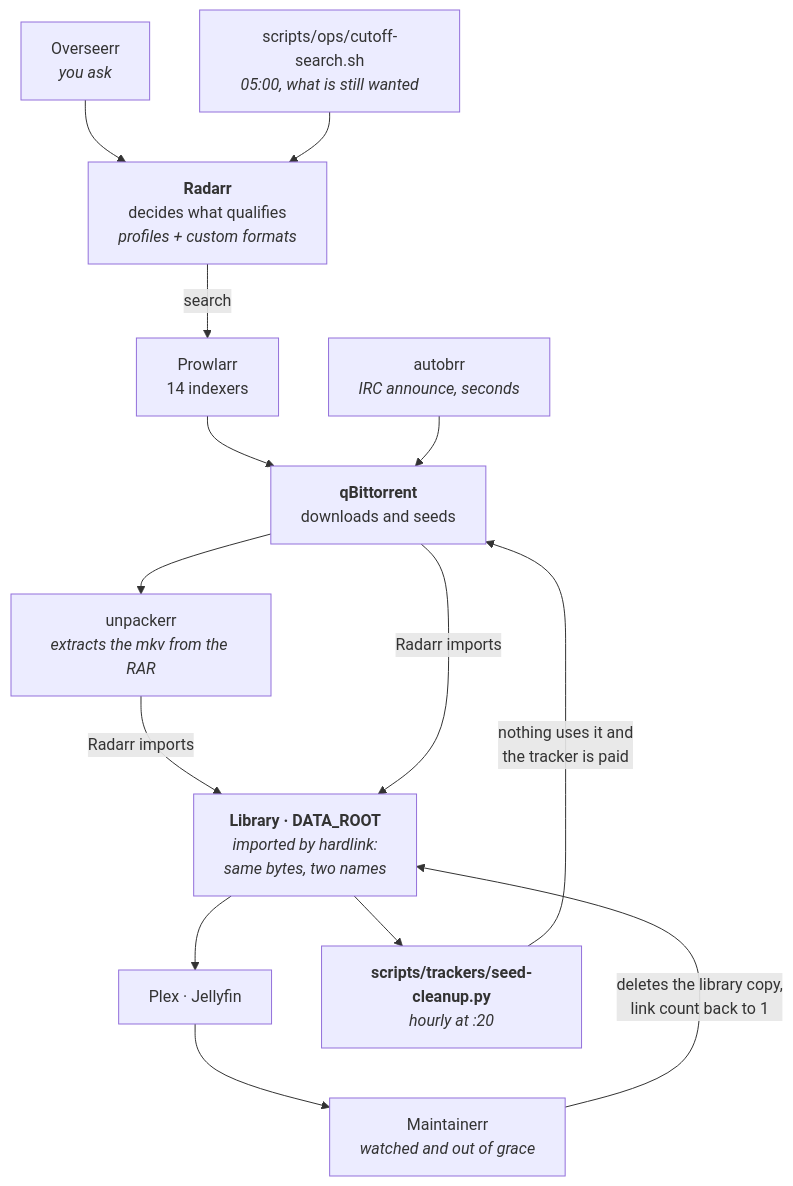
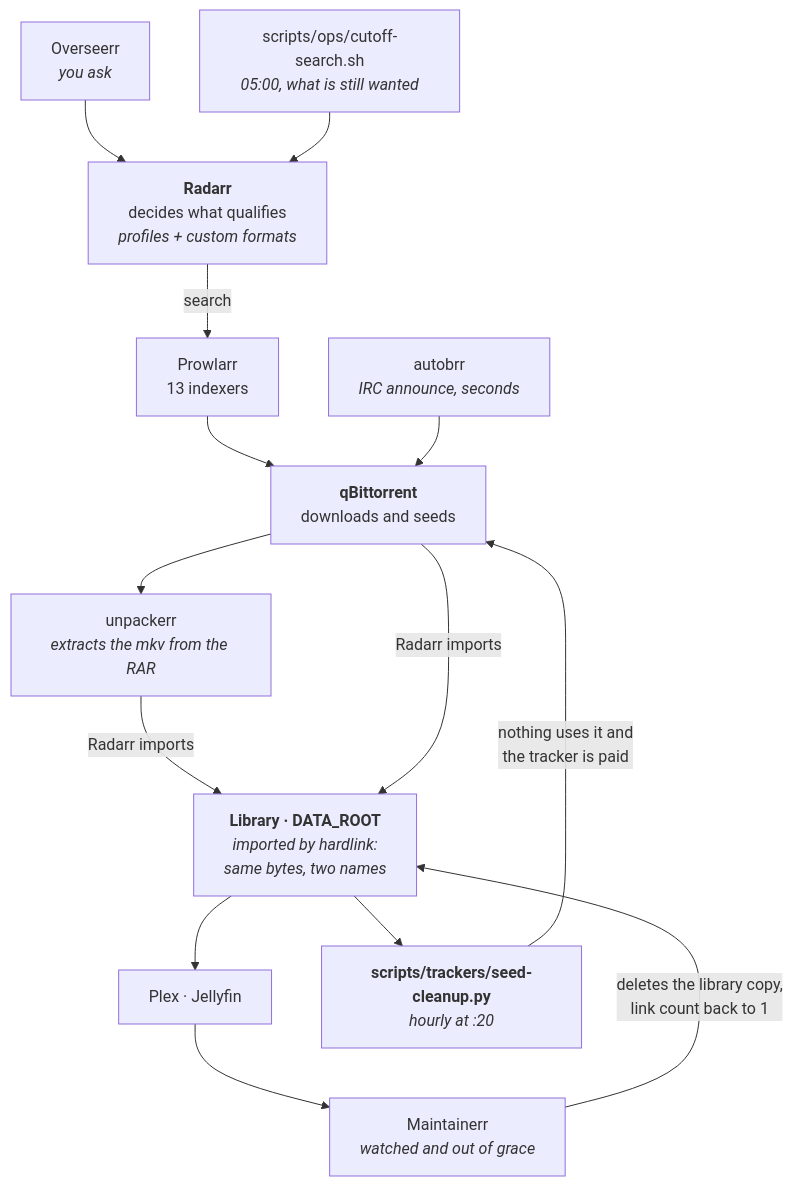
One commit to PlatanosVerdes/rpi-homeserver changed the third of 9 diagrams in docs/architecture.md. Above: the diagram before and after it, drawn with Mermaid. The commit also changed other lines of this file and 15 other files, not shown here.

````diff
--- a/docs/architecture.md
+++ b/docs/architecture.md
@@ -130,16 +130,16 @@
 ```mermaid
 flowchart TB
   OV["Overseerr<br/><i>you ask</i>"] --> RA
   CS["scripts/ops/cutoff-search.sh<br/><i>05:00, what is still wanted</i>"] --> RA
-  RA["<b>Radarr</b><br/>decides what qualifies<br/><i>profiles + custom formats</i>"] -->|search| PR["Prowlarr<br/>14 indexers"]
+  RA["<b>Radarr</b><br/>decides what qualifies<br/><i>profiles + custom formats</i>"] -->|search| PR["Prowlarr<br/>13 indexers"]
   PR --> QB
   BRR["autobrr<br/><i>IRC announce, seconds</i>"] --> QB
   QB["<b>qBittorrent</b><br/>downloads and seeds"] --> UP["unpackerr<br/><i>extracts the mkv from the RAR</i>"]
   UP -->|Radarr imports| LIB
   QB -->|Radarr imports| LIB
   LIB["<b>Library · DATA_ROOT</b><br/><i>imported by hardlink:<br/>same bytes, two names</i>"] --> PX["Plex · Jellyfin"]
   PX --> MT["Maintainerr<br/><i>watched and out of grace</i>"]
   MT -->|"deletes the library copy,<br/>link count back to 1"| LIB
   LIB --> SC["<b>scripts/trackers/seed-cleanup.py</b><br/><i>hourly at :20</i>"]
   SC -->|"nothing uses it and<br/>the tracker is paid"| QB
 ```
````
